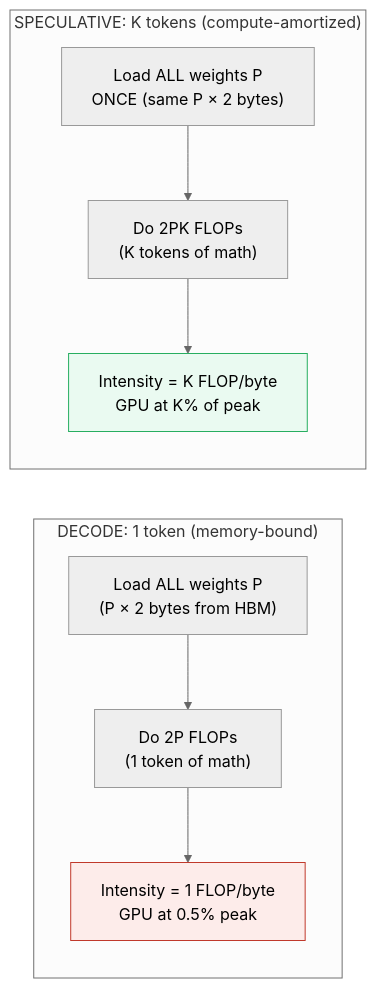
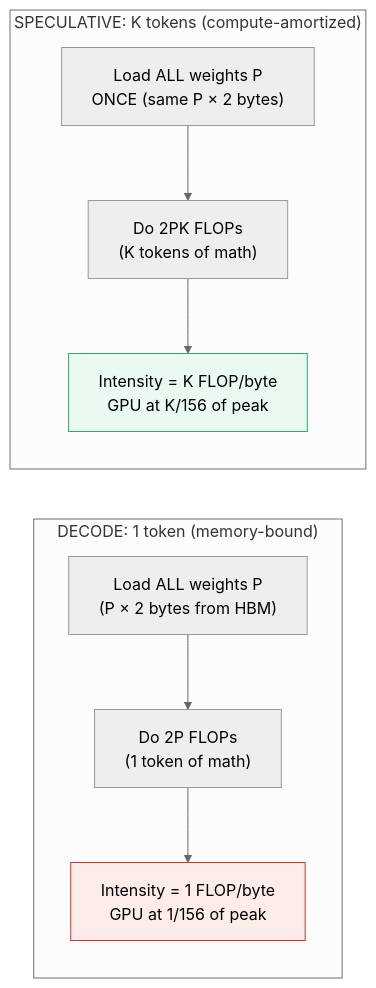
Before and after one commit to quanhua92/tutorials: the second of 9 diagrams in llm/SPECULATIVE_DECODING.md, drawn with Mermaid (neutral theme). The commit also changed other lines of this file and 42 other files, not shown here.

````diff
--- a/llm/SPECULATIVE_DECODING.md
+++ b/llm/SPECULATIVE_DECODING.md
@@ -131,13 +131,13 @@
 ```mermaid
 graph LR
     subgraph decode["DECODE: 1 token (memory-bound)"]
         D1["Load ALL weights P<br/>(P × 2 bytes from HBM)"] --> D2["Do 2P FLOPs<br/>(1 token of math)"]
-        D2 --> D3["Intensity = 1 FLOP/byte<br/>GPU at 0.5% peak"]
+        D2 --> D3["Intensity = 1 FLOP/byte<br/>GPU at 1/156 of peak"]
     end
     subgraph spec["SPECULATIVE: K tokens (compute-amortized)"]
         S1["Load ALL weights P<br/>ONCE (same P × 2 bytes)"] --> S2["Do 2PK FLOPs<br/>(K tokens of math)"]
-        S2 --> S3["Intensity = K FLOP/byte<br/>GPU at K% of peak"]
+        S2 --> S3["Intensity = K FLOP/byte<br/>GPU at K/156 of peak"]
     end
     style D3 fill:#fdecea,stroke:#c0392b
     style S3 fill:#eafaf1,stroke:#27ae60
 ```
````
